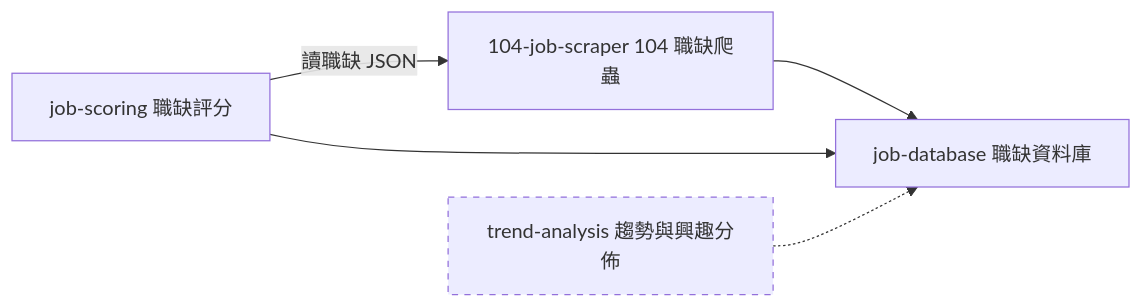
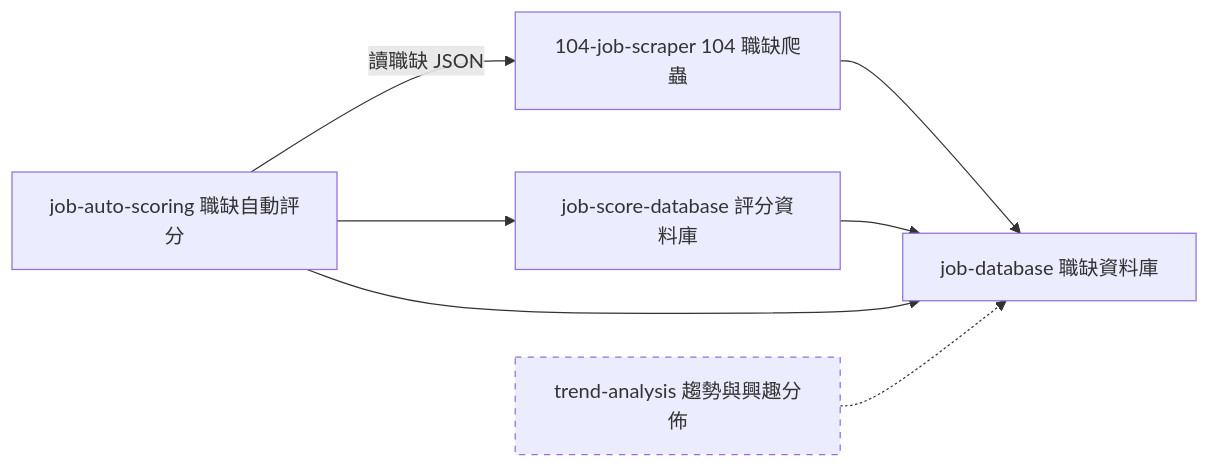
Before and after one commit to dlhdb/job-matching: the second of 2 diagrams in docs/product/overview.md, drawn with Mermaid. The commit also changed other lines of this file and 18 other files, not shown here.

First line of the commit message:
docs: 拆分 job-scoring 為評分資料庫與職缺自動評分

````diff
--- a/docs/product/overview.md
+++ b/docs/product/overview.md
@@ -109,10 +116,12 @@
 ```mermaid
 flowchart LR
     scraper["104-job-scraper 104 職缺爬蟲"] --> db["job-database 職缺資料庫"]
-    scoring["job-scoring 職缺評分"] --> db
+    scoredb["job-score-database 評分資料庫"] --> db
+    scoring["job-auto-scoring 職缺自動評分"] --> scoredb
+    scoring --> db
     scoring -->|"讀職缺 JSON"| scraper
     trend["trend-analysis 趨勢與興趣分佈"] -.-> db
 
     classDef planned stroke-dasharray: 5 5
     class trend planned
 ```
````
